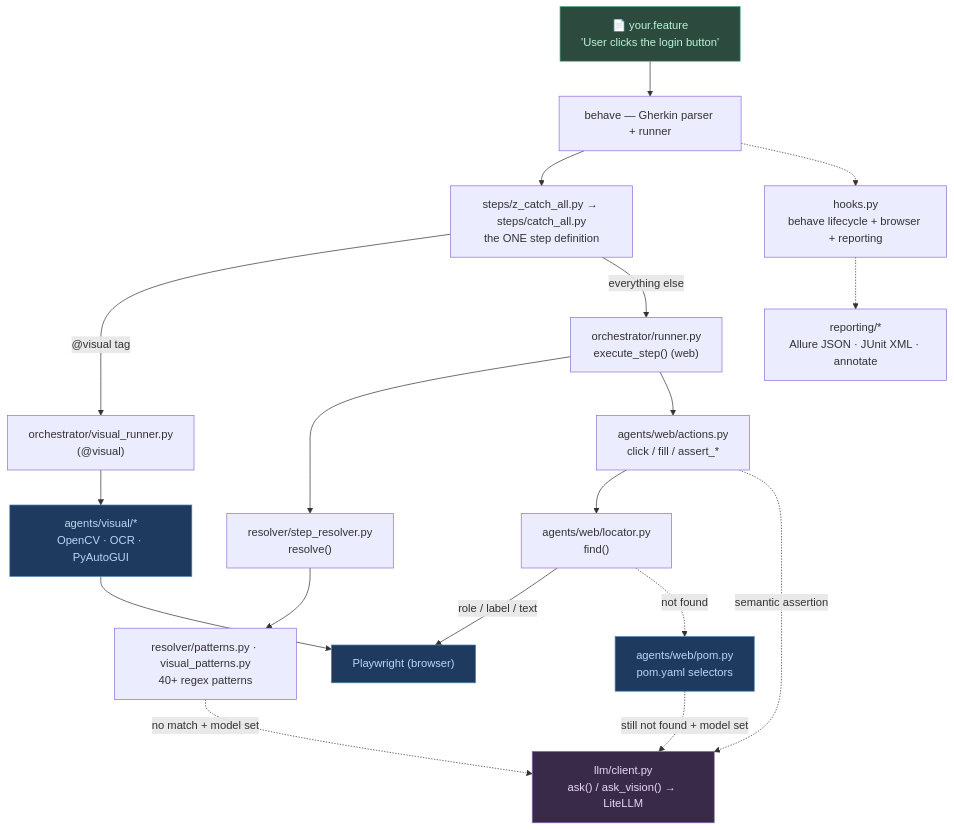
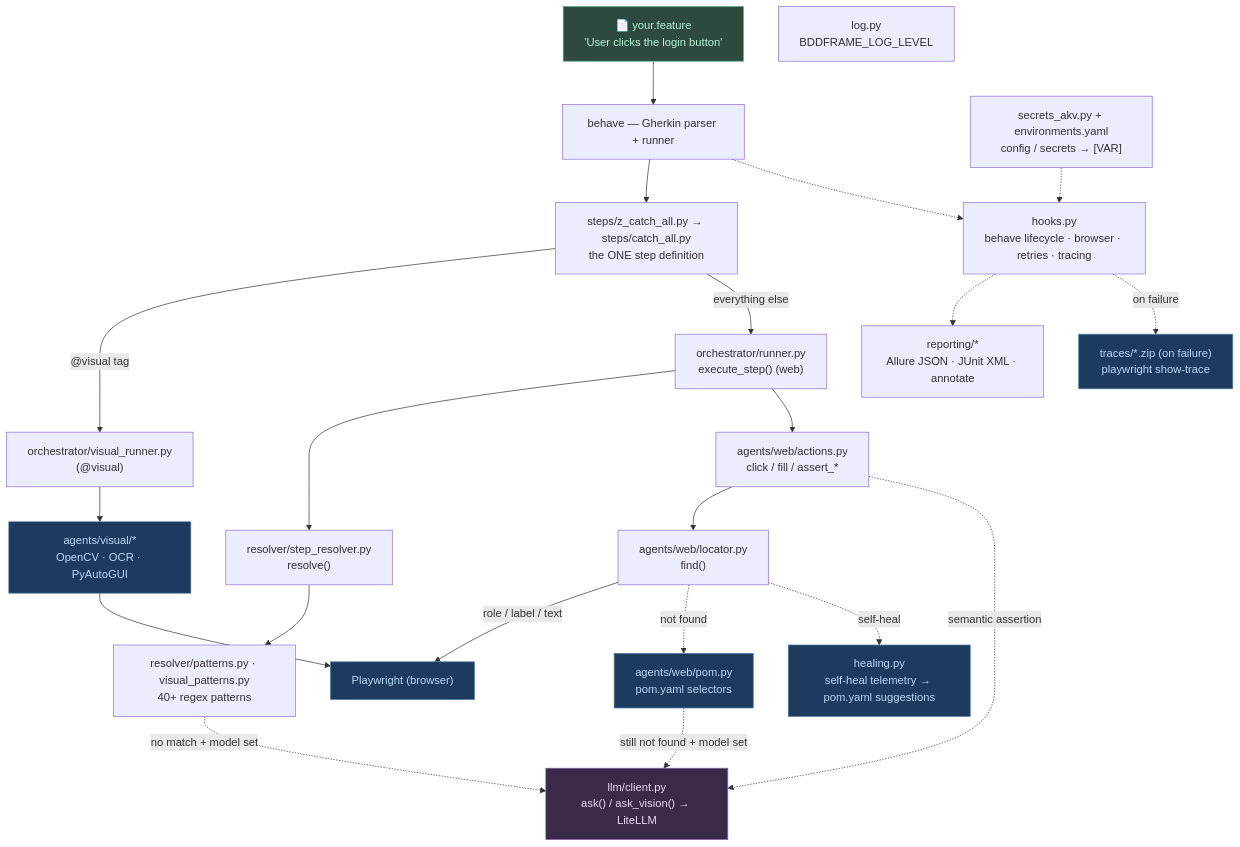
One commit to gheeno/bddframe changed the second of 6 diagrams in docs/architecture.md. Above: the diagram before and after it, drawn with Mermaid. The commit also changed other lines of this file and 2 other files, not shown here.

````diff
--- a/docs/architecture.md
+++ b/docs/architecture.md
@@ -97,36 +97,45 @@
 ```mermaid
 flowchart TD
     FEAT["📄 your.feature<br/>'User clicks the login button'"]
     BEHAVE["behave — Gherkin parser + runner"]
     GLUE["steps/z_catch_all.py → steps/catch_all.py<br/>the ONE step definition"]
     RUN["orchestrator/runner.py<br/>execute_step() (web)"]
     VRUN["orchestrator/visual_runner.py<br/>(@visual)"]
     RES["resolver/step_resolver.py<br/>resolve()"]
     PAT["resolver/patterns.py · visual_patterns.py<br/>40+ regex patterns"]
     ACT["agents/web/actions.py<br/>click / fill / assert_*"]
     LOC["agents/web/locator.py<br/>find()"]
     POM["agents/web/pom.py<br/>pom.yaml selectors"]
     VIS["agents/visual/*<br/>OpenCV · OCR · PyAutoGUI"]
     PW["Playwright (browser)"]
     LLM["llm/client.py<br/>ask() / ask_vision() → LiteLLM"]
-    HOOK["hooks.py<br/>behave lifecycle + browser + reporting"]
+    HOOK["hooks.py<br/>behave lifecycle · browser · retries · tracing"]
     REP["reporting/*<br/>Allure JSON · JUnit XML · annotate"]
+    SEC["secrets_akv.py + environments.yaml<br/>config / secrets → [VAR]"]
+    HEAL["healing.py<br/>self-heal telemetry → pom.yaml suggestions"]
+    LOG["log.py<br/>BDDFRAME_LOG_LEVEL"]
+    TRACE["traces/*.zip (on failure)<br/>playwright show-trace"]
 
+    SEC -.-> HOOK
     FEAT --> BEHAVE --> GLUE
     GLUE -->|"@visual tag"| VRUN --> VIS --> PW
     GLUE -->|"everything else"| RUN
     RUN --> RES --> PAT
     PAT -. "no match + model set" .-> LLM
     RUN --> ACT --> LOC -->|"role / label / text"| PW
     LOC -. "not found" .-> POM
     POM -. "still not found + model set" .-> LLM
     ACT -. "semantic assertion" .-> LLM
+    LOC -. "self-heal" .-> HEAL
     HOOK -.-> REP
+    HOOK -. "on failure" .-> TRACE
     BEHAVE -.-> HOOK
 
     style FEAT fill:#2d4a3e,color:#b8f5d8,stroke:#4aaa80
     style PW fill:#1e3a5f,color:#b8d8f5,stroke:#4a80aa
     style POM fill:#1e3a5f,color:#b8d8f5,stroke:#4a80aa
     style VIS fill:#1e3a5f,color:#b8d8f5,stroke:#4a80aa
     style LLM fill:#3a2a4a,color:#e8d8f5,stroke:#8a6aaa
+    style TRACE fill:#1e3a5f,color:#b8d8f5,stroke:#4a80aa
+    style HEAL fill:#1e3a5f,color:#b8d8f5,stroke:#4a80aa
 ```
````
